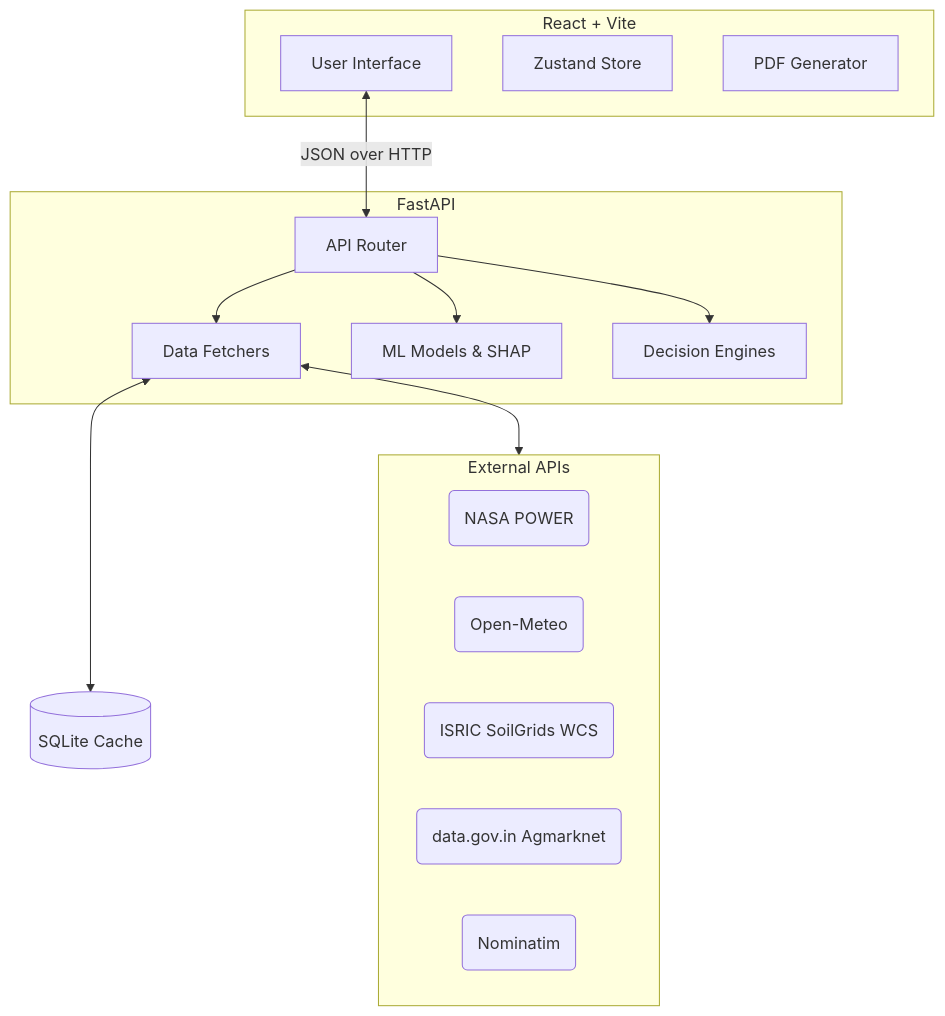
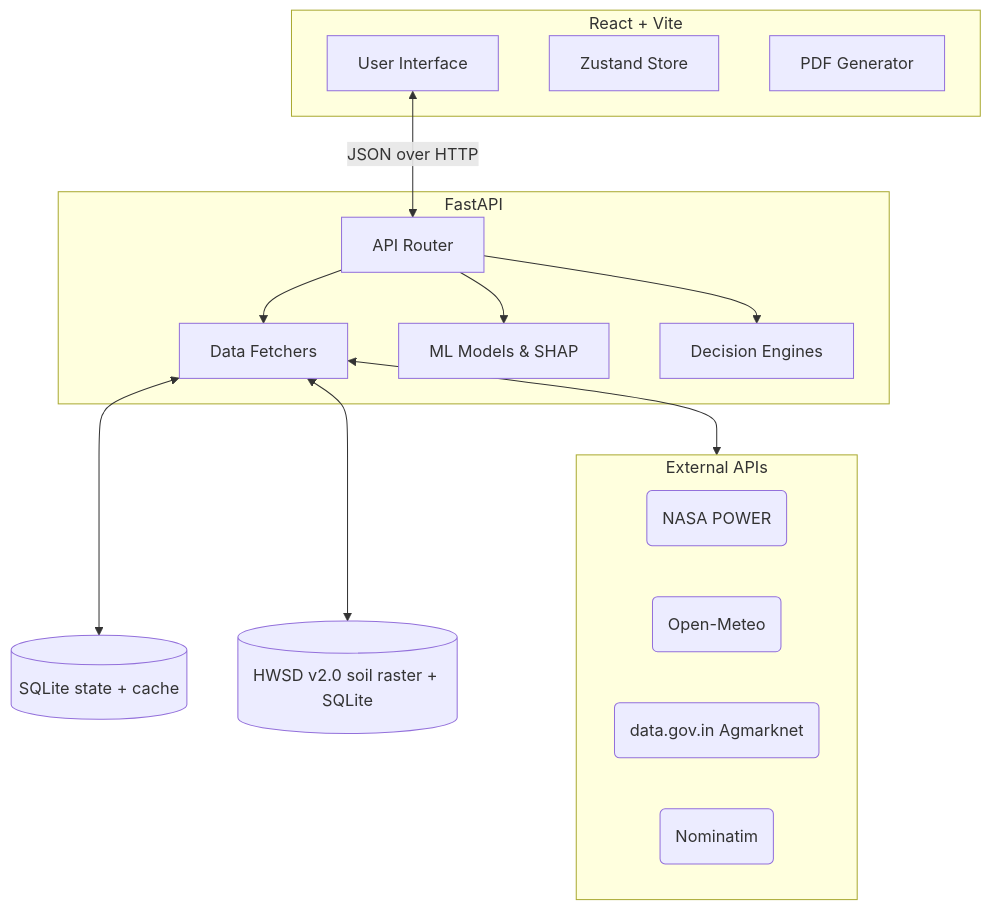
Before and after one commit to AakarGupta-coder/KrishiMitra-ADSS: the diagram in README.md, drawn with Mermaid. The commit also changed other lines of this file and 2 other files, not shown here.

````diff
--- a/README.md
+++ b/README.md
@@ -29,30 +29,30 @@
 ```mermaid
 flowchart TD
     subgraph Frontend [React + Vite]
         UI[User Interface]
         State[Zustand Store]
         PDF[PDF Generator]
     end
 
     subgraph Backend [FastAPI]
         API[API Router]
         Data[Data Fetchers]
         ML[ML Models & SHAP]
         Engines[Decision Engines]
     end
 
     subgraph External [External APIs]
         NASA(NASA POWER)
         Meteo(Open-Meteo)
-        Soil(ISRIC SoilGrids WCS)
         Gov(data.gov.in Agmarknet)
         OSM(Nominatim)
     end
 
     UI <-->|JSON over HTTP| API
     API --> Data
     API --> ML
     API --> Engines
     Data <--> External
-    Data <--> Cache[(SQLite Cache)]
+    Data <--> Cache[(SQLite state + cache)]
+    Data <--> HWSD[(HWSD v2.0 soil raster + SQLite)]
 ```
````
